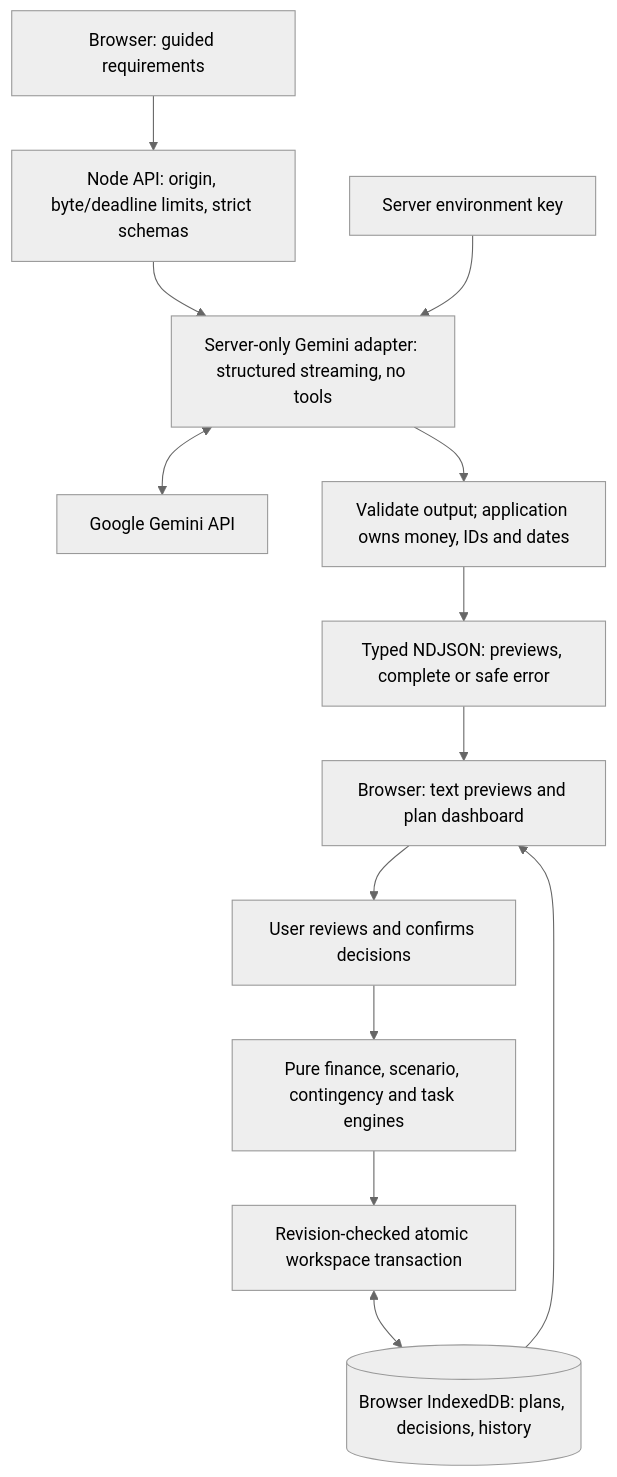
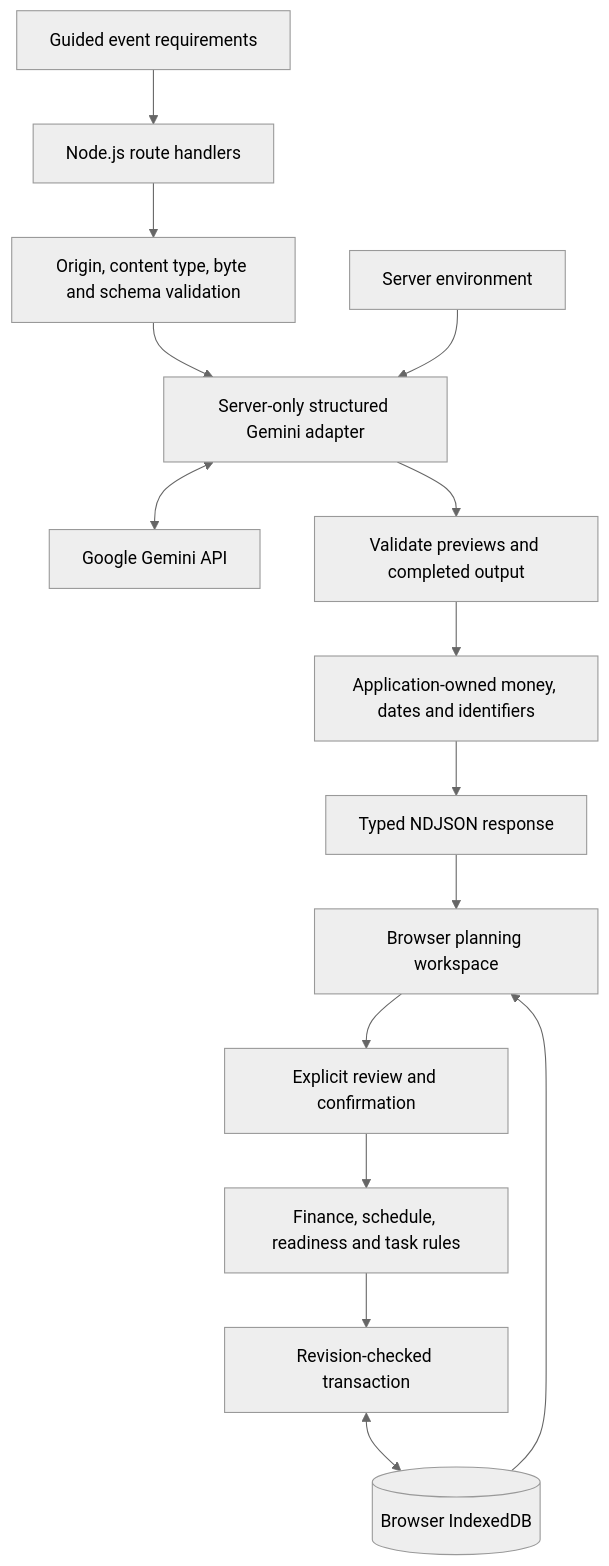
The diagram in docs/architecture.md (SUJALMU2004/eventgenie), drawn with Mermaid (neutral theme) before and after one commit. The commit also changed other lines of this file and 27 other files, not shown here.

````diff
--- a/docs/architecture.md
+++ b/docs/architecture.md
@@ -7,15 +7,17 @@
 ```mermaid
 flowchart TD
-  Wizard[Browser: guided requirements] --> Validation[Node API: origin, byte/deadline limits, strict schemas]
-  Validation --> Adapter[Server-only Gemini adapter: structured streaming, no tools]
-  Secret[Server environment key] --> Adapter
-  Adapter <--> Google[Google Gemini API]
-  Adapter --> Final[Validate output; application owns money, IDs and dates]
-  Final --> Stream[Typed NDJSON: previews, complete or safe error]
-  Stream --> View[Browser: text previews and plan dashboard]
-  View --> Review[User reviews and confirms decisions]
-  Review --> Domain[Pure finance, scenario, contingency and task engines]
-  Domain --> Transaction[Revision-checked atomic workspace transaction]
-  Transaction <--> Local[(Browser IndexedDB: plans, decisions, history)]
-  Local --> View
+    Setup[Guided event requirements] --> API[Node.js route handlers]
+    API --> Input[Origin, content type, byte and schema validation]
+    Input --> Provider[Server-only structured Gemini adapter]
+    Key[Server environment] --> Provider
+    Provider <--> Google[Google Gemini API]
+    Provider --> Validate[Validate previews and completed output]
+    Validate --> Normalize[Application-owned money, dates and identifiers]
+    Normalize --> Stream[Typed NDJSON response]
+    Stream --> Workspace[Browser planning workspace]
+    Workspace --> Review[Explicit review and confirmation]
+    Review --> Rules[Finance, schedule, readiness and task rules]
+    Rules --> Commit[Revision-checked transaction]
+    Commit <--> Database[(Browser IndexedDB)]
+    Database --> Workspace
 ```
````
